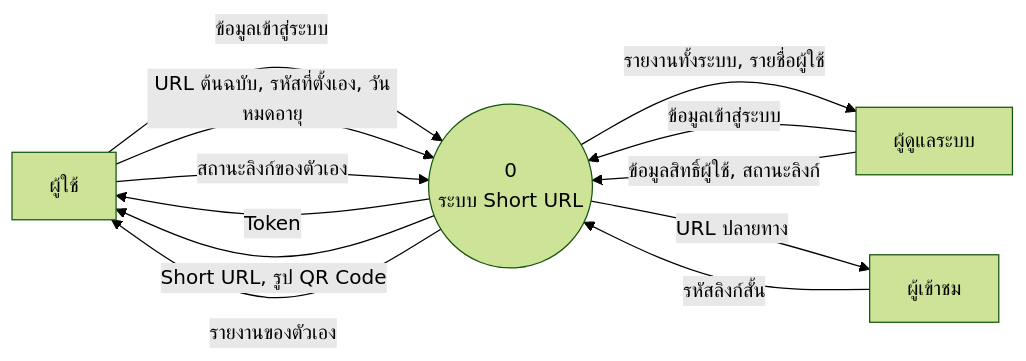
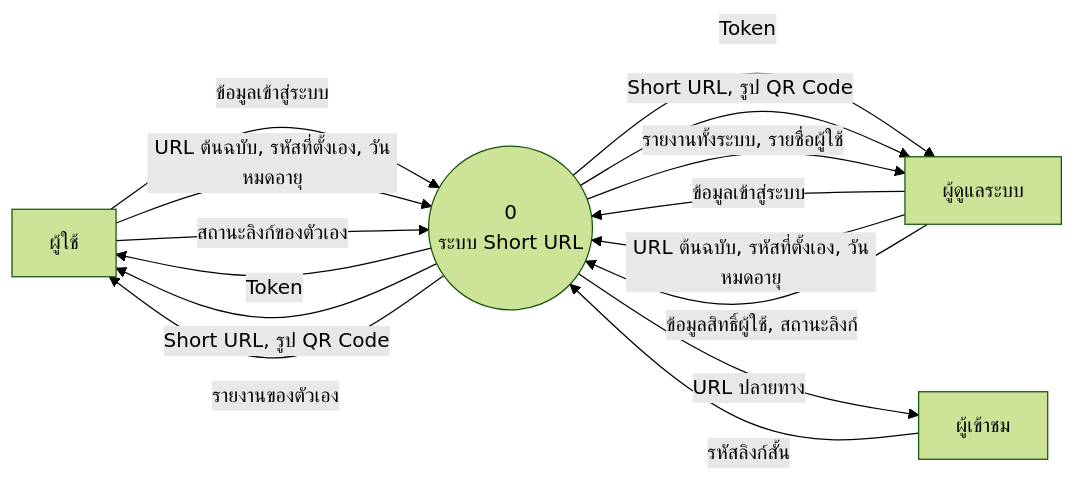
One commit to Rung03/short-url changed the first of 6 diagrams in docs/design.md. Above: the diagram before and after it, drawn with Mermaid (forest theme). The commit also changed other lines of this file and 5 other files, not shown here.

````diff
--- a/docs/design.md
+++ b/docs/design.md
@@ -38,21 +38,24 @@
 ```mermaid
 flowchart LR
     U[ผู้ใช้]
     A[ผู้ดูแลระบบ]
     V[ผู้เข้าชม]
     S((0<br/>ระบบ Short URL))
 
     U -- ข้อมูลเข้าสู่ระบบ --> S
     U -- URL ต้นฉบับ, รหัสที่ตั้งเอง, วันหมดอายุ --> S
     U -- สถานะลิงก์ของตัวเอง --> S
     S -- Token --> U
     S -- Short URL, รูป QR Code --> U
     S -- รายงานของตัวเอง --> U
 
     A -- ข้อมูลเข้าสู่ระบบ --> S
+    A -- URL ต้นฉบับ, รหัสที่ตั้งเอง, วันหมดอายุ --> S
     A -- ข้อมูลสิทธิ์ผู้ใช้, สถานะลิงก์ --> S
+    S -- Token --> A
+    S -- Short URL, รูป QR Code --> A
     S -- รายงานทั้งระบบ, รายชื่อผู้ใช้ --> A
 
     V -- รหัสลิงก์สั้น --> S
     S -- URL ปลายทาง --> V
 ```
````
